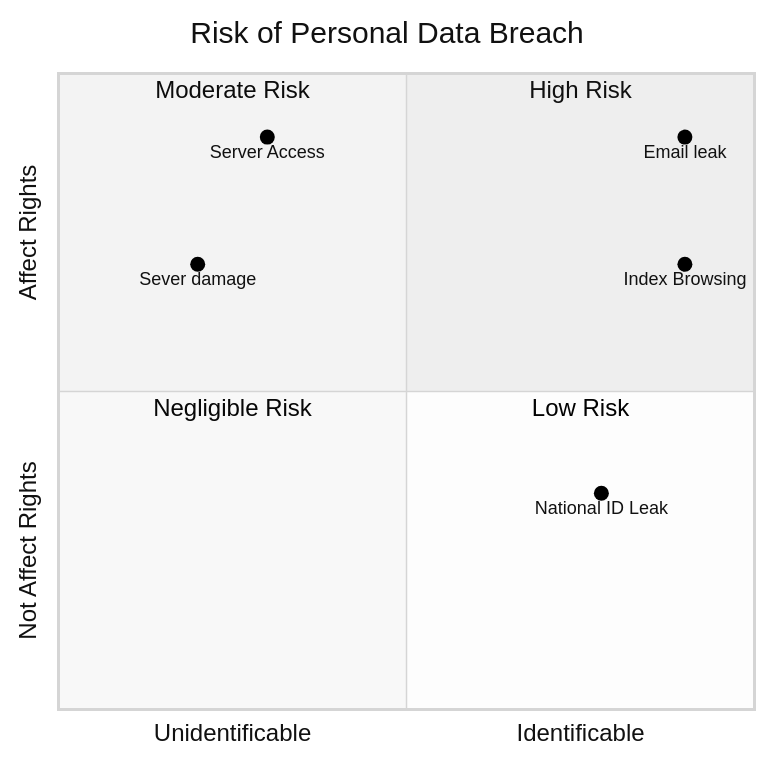
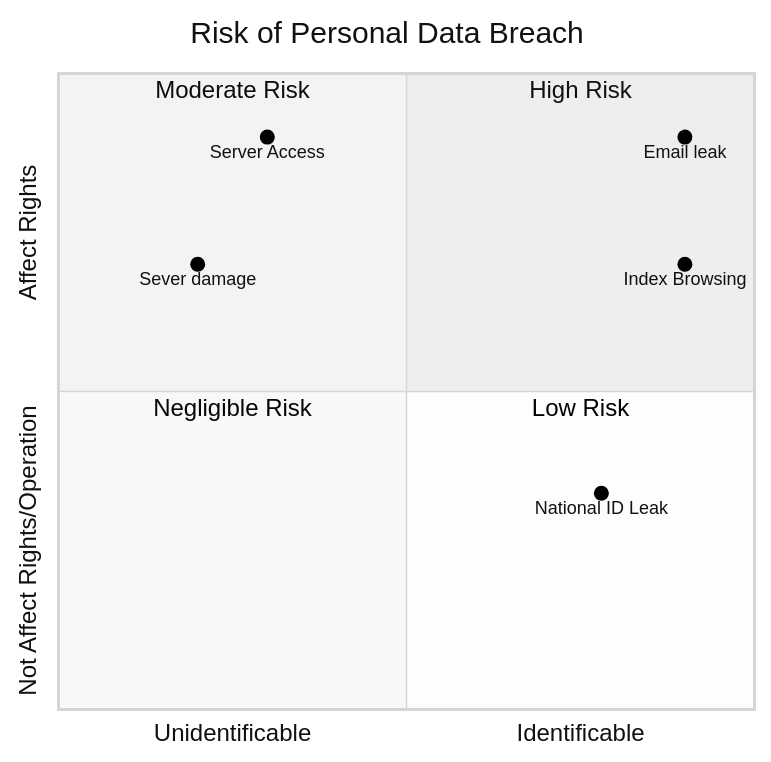
The fourth of 4 diagrams in README.md (Kietpawpan/pdpa), drawn with Mermaid (neutral theme) before and after one commit.

````diff
--- a/README.md
+++ b/README.md
@@ -87,15 +87,15 @@
 ```mermaid
 quadrantChart
     title Risk of Personal Data Breach
     x-axis Unidentificable --> Identificable
-    y-axis Not Affect Rights --> Affect Rights
+    y-axis Not Affect Rights/Operation --> Affect Rights
     quadrant-1 High Risk
     quadrant-2 Moderate Risk
     quadrant-3 Negligible Risk
     quadrant-4 Low Risk
 	Server Access: [0.3, 0.9]
     	Email leak: [0.9, 0.9]
     Index Browsing: [0.9, 0.7]
     National ID Leak: [0.78, 0.34]
     Sever damage: [0.2, 0.7]
 ```
````
